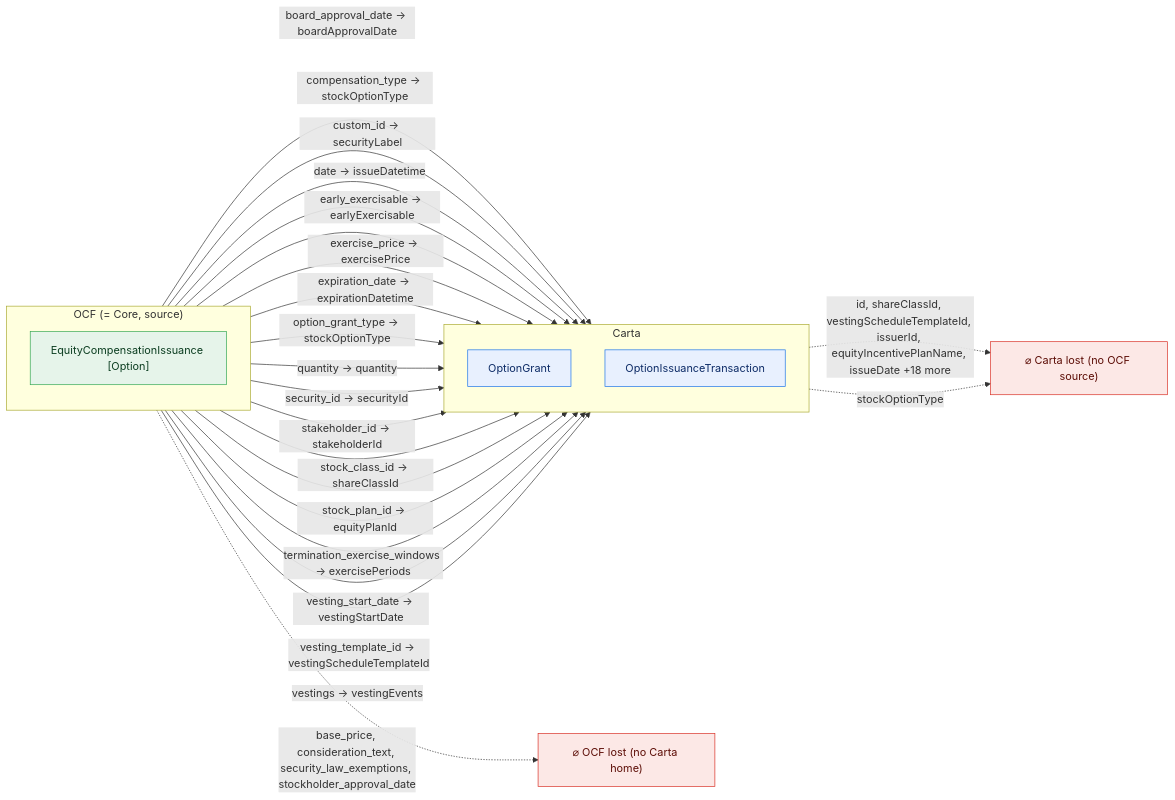
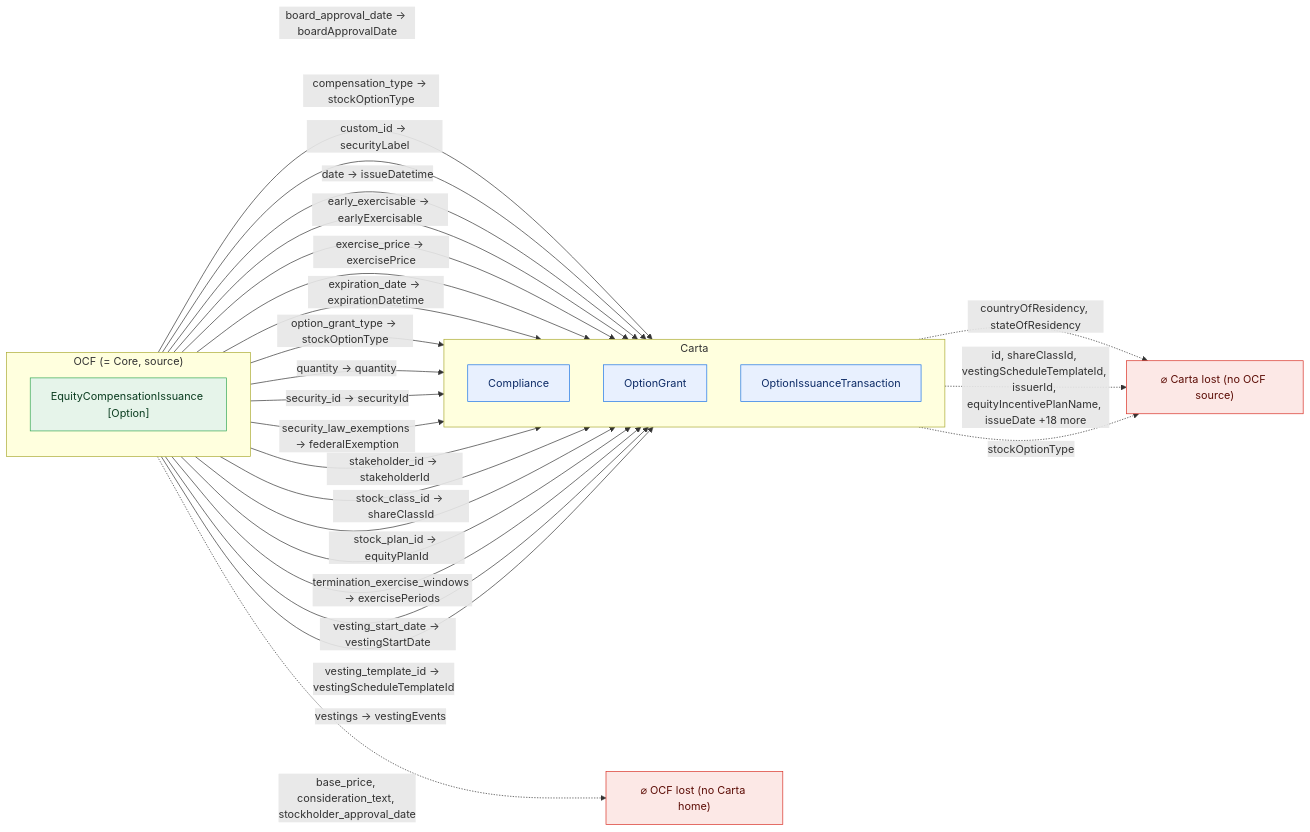
One commit to Open-Cap-Table-Coalition/OCF-Composed-Schemas changed the second of 47 diagrams in docs/core-bidirectional-flow.md. Above: the diagram before and after it, drawn with Mermaid. The commit also changed other lines of this file and 12 other files, not shown here.

First line of the commit message:
Core: map security_law_exemptions + reason_text (fix false drops)

````diff
--- a/docs/core-bidirectional-flow.md
+++ b/docs/core-bidirectional-flow.md
@@ -41,38 +41,41 @@
 ```mermaid
 flowchart LR
   classDef adm fill:#e6f4ea,stroke:#34a853,color:#0b3d20;
   classDef notadm fill:#f1f3f4,stroke:#9aa0a6,color:#5f6368,stroke-dasharray:4 3;
   classDef carta fill:#e8f0fe,stroke:#1a73e8,color:#0d2b66;
   classDef lost fill:#fce8e6,stroke:#d93025,color:#5c0d06;
   subgraph SRC["OCF (= Core, source)"]
     direction TB
     o0["EquityCompensationIssuance [Option]"]:::adm
   end
   subgraph TGT["Carta"]
     direction TB
-    t0["OptionGrant"]:::carta
-    t1["OptionIssuanceTransaction"]:::carta
+    t0["Compliance"]:::carta
+    t1["OptionGrant"]:::carta
+    t2["OptionIssuanceTransaction"]:::carta
   end
   ocflost["⌀ OCF lost (no Carta home)"]:::lost
   cartalost["⌀ Carta lost (no OCF source)"]:::lost
-  o0 -->|"board_approval_date → boardApprovalDate"| t0
-  o0 -->|"compensation_type → stockOptionType"| t0
-  o0 -->|"custom_id → securityLabel"| t0
-  o0 -->|"date → issueDatetime"| t1
-  o0 -->|"early_exercisable → earlyExercisable"| t0
-  o0 -->|"exercise_price → exercisePrice"| t1
-  o0 -->|"expiration_date → expirationDatetime"| t1
-  o0 -->|"option_grant_type → stockOptionType"| t0
-  o0 -->|"quantity → quantity"| t1
-  o0 -->|"security_id → securityId"| t0
-  o0 -->|"stakeholder_id → stakeholderId"| t0
-  o0 -->|"stock_class_id → shareClassId"| t1
-  o0 -->|"stock_plan_id → equityPlanId"| t1
-  o0 -->|"termination_exercise_windows → exercisePeriods"| t0
-  o0 -->|"vesting_start_date → vestingStartDate"| t0
-  o0 -->|"vesting_template_id → vestingScheduleTemplateId"| t1
-  o0 -->|"vestings → vestingEvents"| t0
-  o0 -.->|"base_price, consideration_text, security_law_exemptions, stockholder_approval_date"| ocflost
-  t0 -.->|"id, shareClassId, vestingScheduleTemplateId, issuerId, equityIncentivePlanName, issueDate +18 more"| cartalost
-  t1 -.->|"stockOptionType"| cartalost
+  o0 -->|"board_approval_date → boardApprovalDate"| t1
+  o0 -->|"compensation_type → stockOptionType"| t1
+  o0 -->|"custom_id → securityLabel"| t1
+  o0 -->|"date → issueDatetime"| t2
+  o0 -->|"early_exercisable → earlyExercisable"| t1
+  o0 -->|"exercise_price → exercisePrice"| t2
+  o0 -->|"expiration_date → expirationDatetime"| t2
+  o0 -->|"option_grant_type → stockOptionType"| t1
+  o0 -->|"quantity → quantity"| t2
+  o0 -->|"security_id → securityId"| t1
+  o0 -->|"security_law_exemptions → federalExemption"| t0
+  o0 -->|"stakeholder_id → stakeholderId"| t1
+  o0 -->|"stock_class_id → shareClassId"| t2
+  o0 -->|"stock_plan_id → equityPlanId"| t2
+  o0 -->|"termination_exercise_windows → exercisePeriods"| t1
+  o0 -->|"vesting_start_date → vestingStartDate"| t1
+  o0 -->|"vesting_template_id → vestingScheduleTemplateId"| t2
+  o0 -->|"vestings → vestingEvents"| t1
+  o0 -.->|"base_price, consideration_text, stockholder_approval_date"| ocflost
+  t0 -.->|"countryOfResidency, stateOfResidency"| cartalost
+  t1 -.->|"id, shareClassId, vestingScheduleTemplateId, issuerId, equityIncentivePlanName, issueDate +18 more"| cartalost
+  t2 -.->|"stockOptionType"| cartalost
 ```
````
